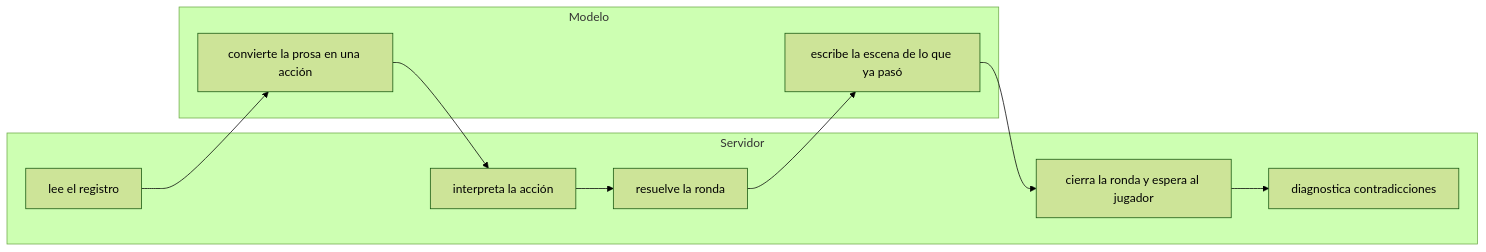
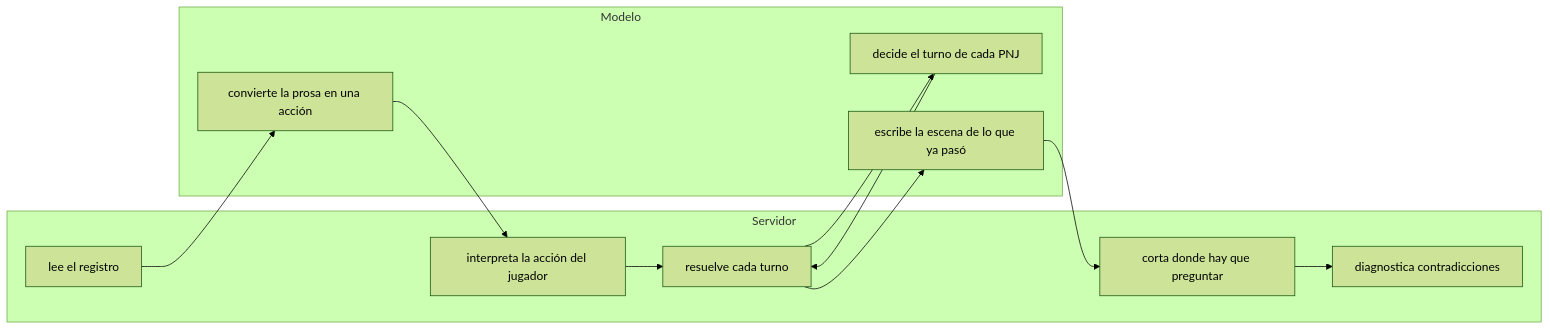
Before and after one commit to kabroxiko/DungeonMaster: the fifth of 5 diagrams in docs/combat-turn-split.md, drawn with Mermaid (forest theme). The commit also changed other lines of this file, not shown here.

````diff
--- a/docs/combat-turn-split.md
+++ b/docs/combat-turn-split.md
@@ -59,20 +107,23 @@
 ```mermaid
 flowchart LR
     subgraph SE["Servidor"]
         S1["lee el registro"]
-        S2["interpreta la acción"]
-        S3["resuelve la ronda"]
-        S4["cierra la ronda y espera al jugador"]
+        S2["interpreta la acción del jugador"]
+        S3["resuelve cada turno"]
+        S4["corta donde hay que preguntar"]
         S5["diagnostica contradicciones"]
     end
     subgraph MO["Modelo"]
         M1["convierte la prosa en una acción"]
-        M2["escribe la escena de lo que ya pasó"]
+        M2["decide el turno de cada PNJ"]
+        M3["escribe la escena de lo que ya pasó"]
     end
     S1 --> M1
     M1 --> S2
     S2 --> S3
     S3 --> M2
-    M2 --> S4
+    M2 --> S3
+    S3 --> M3
+    M3 --> S4
     S4 --> S5
 ```
````
